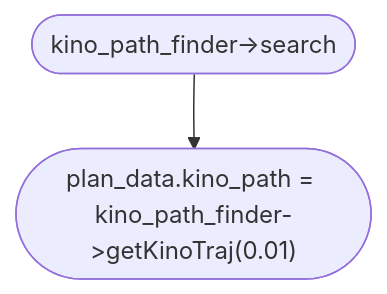
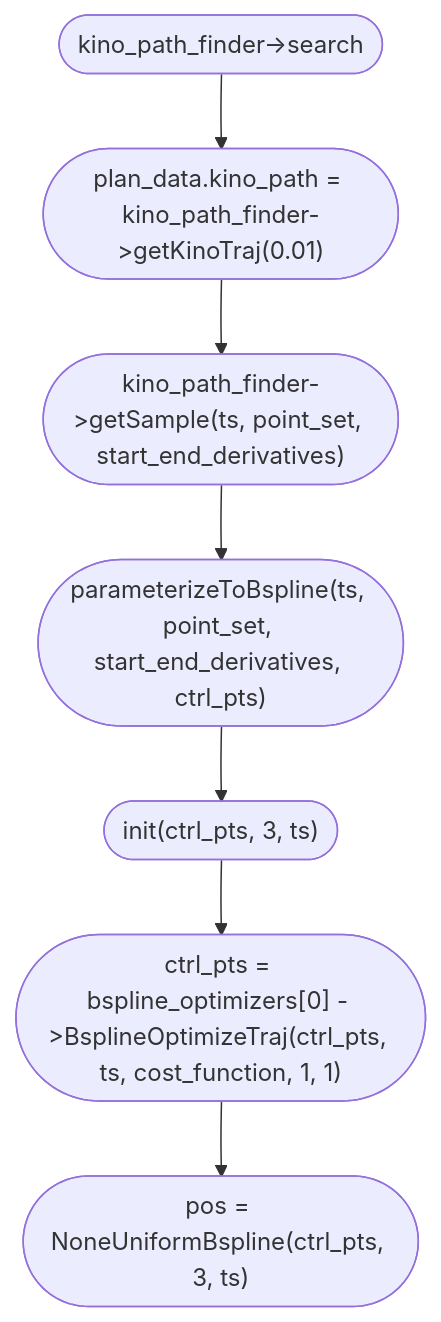
Before and after one commit to Dieptranivsr/drone_extend: the second of 3 diagrams in sp_code/create_table.md, drawn with Mermaid.

````diff
--- a/sp_code/create_table.md
+++ b/sp_code/create_table.md
@@ -33,5 +33,9 @@
 ```mermaid
 flowchart TD
     id1(["kino_path_finder->search"]) --> id2(["plan_data.kino_path = kino_path_finder->getKinoTraj(0.01)"])
-    
+    id2 --> id3(["kino_path_finder->getSample(ts, point_set, start_end_derivatives)"])
+    id3 --> id4(["parameterizeToBspline(ts, point_set, start_end_derivatives, ctrl_pts)"])
+    id4 --> id5(["init(ctrl_pts, 3, ts)"])
+    id5 --> id6(["ctrl_pts = bspline_optimizers[0] - >BsplineOptimizeTraj(ctrl_pts, ts, cost_function, 1, 1)"])
+    id6 --> id7(["pos = NoneUniformBspline(ctrl_pts, 3, ts)"])
 ```    
````
